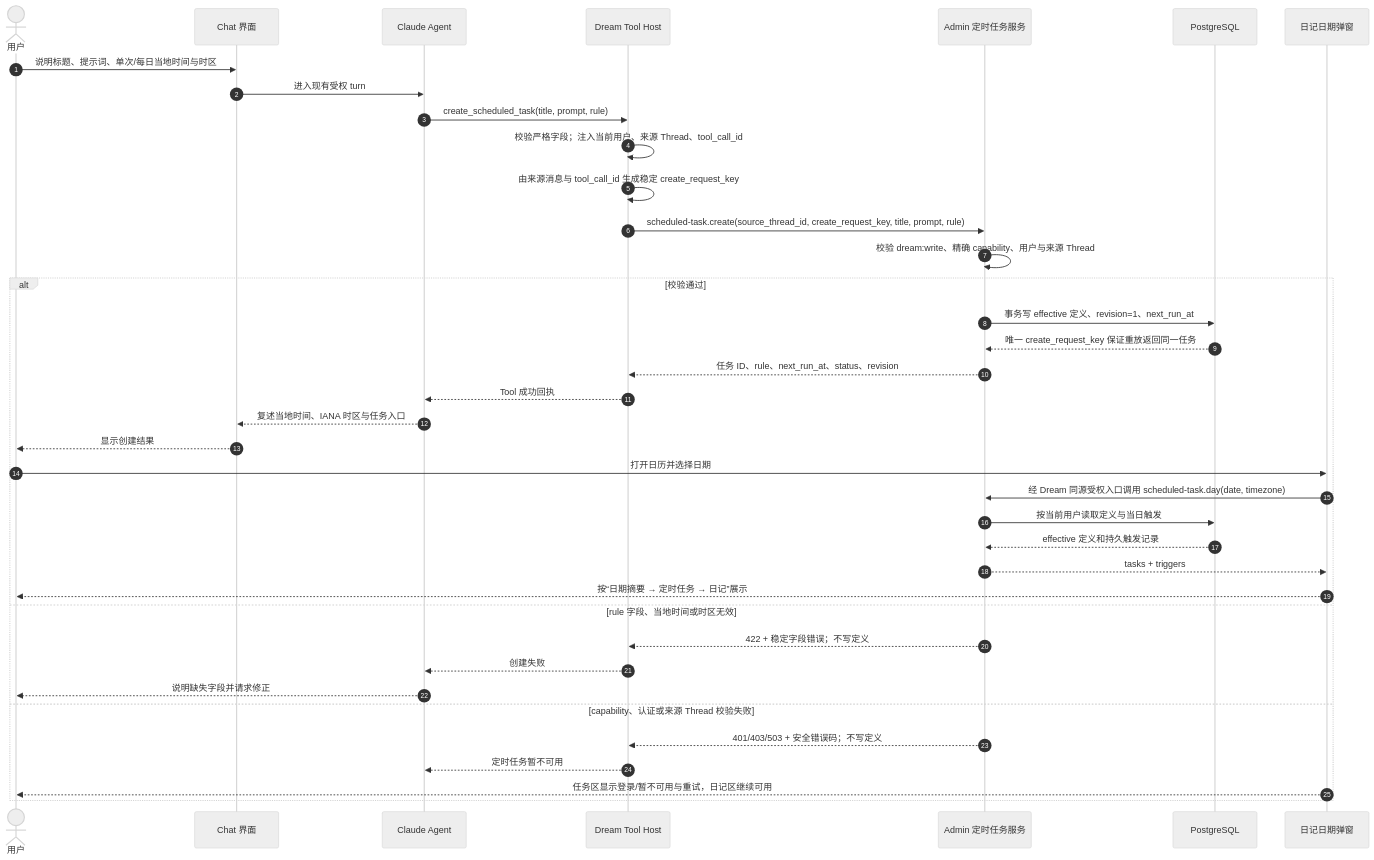
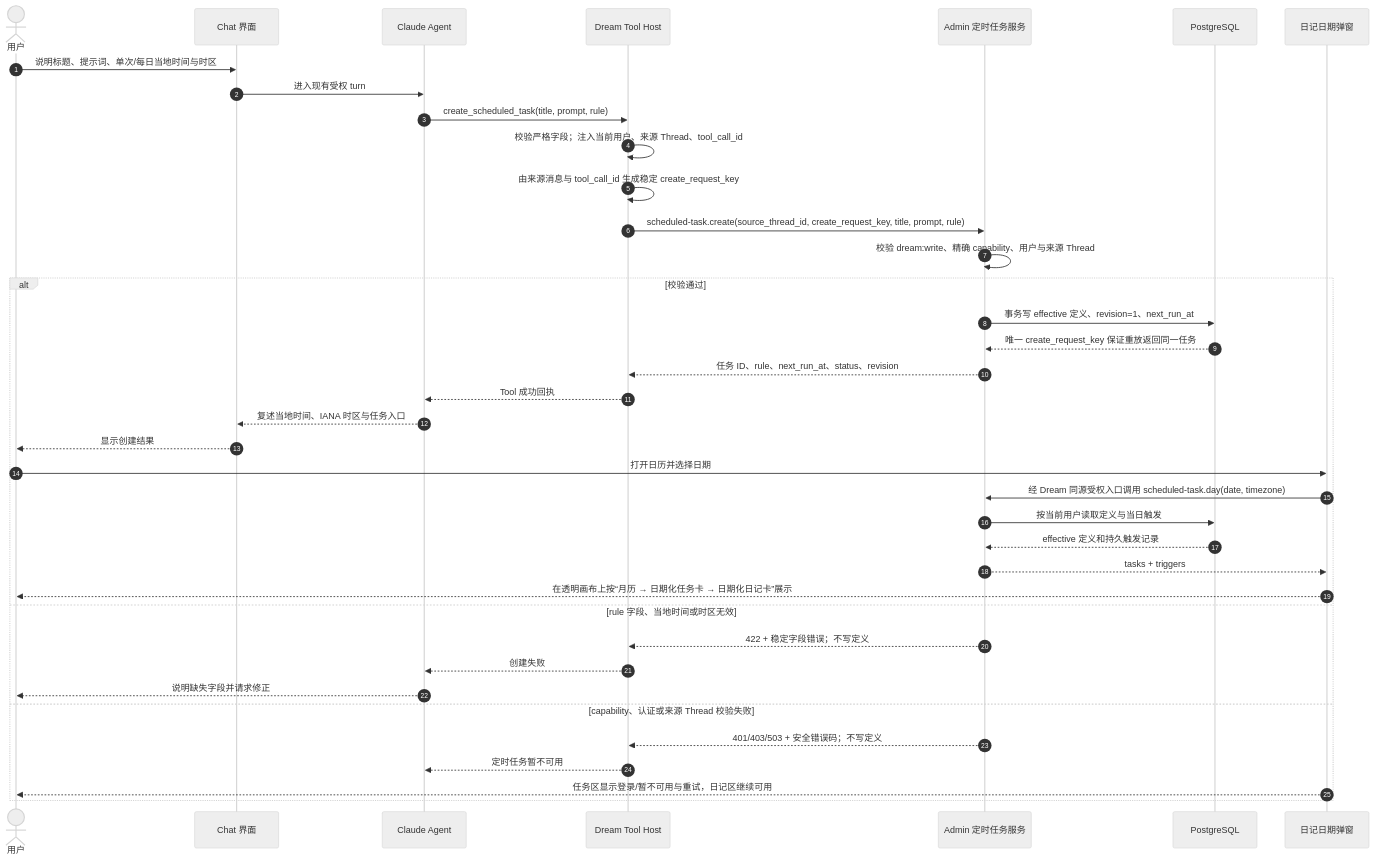
Before and after one commit to glide-the/im-dream: the first of 6 diagrams in docs/design/claude-agent/scheduled-task-loop-interaction-design.md, drawn with Mermaid (neutral theme). The commit also changed other lines of this file and 21 other files, not shown here.

```diff
--- a/docs/design/claude-agent/scheduled-task-loop-interaction-design.md
+++ b/docs/design/claude-agent/scheduled-task-loop-interaction-design.md
@@ -79,41 +79,41 @@
 ~~~mermaid
 sequenceDiagram
     autonumber
     actor U as 用户
     participant Chat as Chat 界面
     participant Agent as Claude Agent
     participant Host as Dream Tool Host
     participant Admin as Admin 定时任务服务
     participant DB as PostgreSQL
     participant Diary as 日记日期弹窗
 
     U->>Chat: 说明标题、提示词、单次/每日当地时间与时区
     Chat->>Agent: 进入现有受权 turn
     Agent->>Host: create_scheduled_task(title, prompt, rule)
     Host->>Host: 校验严格字段；注入当前用户、来源 Thread、tool_call_id
     Host->>Host: 由来源消息与 tool_call_id 生成稳定 create_request_key
     Host->>Admin: scheduled-task.create(source_thread_id, create_request_key, title, prompt, rule)
     Admin->>Admin: 校验 dream:write、精确 capability、用户与来源 Thread
     alt 校验通过
         Admin->>DB: 事务写 effective 定义、revision=1、next_run_at
         DB-->>Admin: 唯一 create_request_key 保证重放返回同一任务
         Admin-->>Host: 任务 ID、rule、next_run_at、status、revision
         Host-->>Agent: Tool 成功回执
         Agent-->>Chat: 复述当地时间、IANA 时区与任务入口
         Chat-->>U: 显示创建结果
         U->>Diary: 打开日历并选择日期
         Diary->>Admin: 经 Dream 同源受权入口调用 scheduled-task.day(date, timezone)
         Admin->>DB: 按当前用户读取定义与当日触发
         DB-->>Admin: effective 定义和持久触发记录
         Admin-->>Diary: tasks + triggers
-        Diary-->>U: 按“日期摘要 → 定时任务 → 日记”展示
+        Diary-->>U: 在透明画布上按“月历 → 日期化任务卡 → 日期化日记卡”展示
     else rule 字段、当地时间或时区无效
         Admin-->>Host: 422 + 稳定字段错误；不写定义
         Host-->>Agent: 创建失败
         Agent-->>U: 说明缺失字段并请求修正
     else capability、认证或来源 Thread 校验失败
         Admin-->>Host: 401/403/503 + 安全错误码；不写定义
         Host-->>Agent: 定时任务暂不可用
         Diary-->>U: 任务区显示登录/暂不可用与重试，日记区继续可用
     end
 ~~~
```
